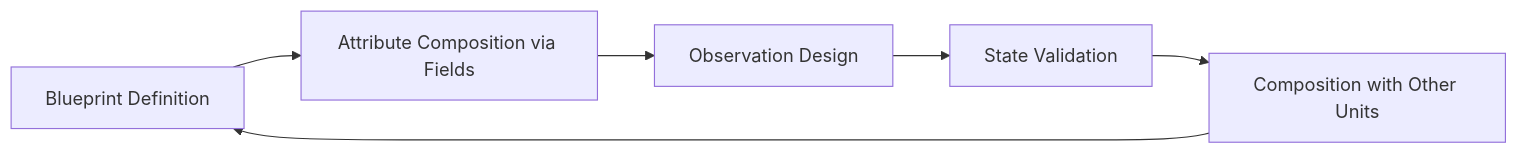
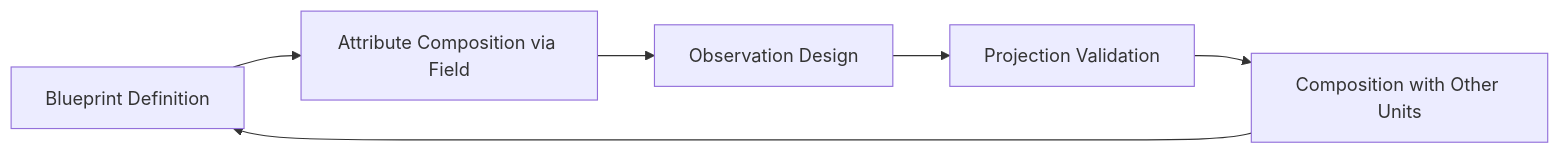
One commit to ssccsorg/ssccs changed the second of 2 diagrams in README.md. Above: the diagram before and after it, drawn with Mermaid. The commit also changed other lines of this file, not shown here.

````diff
--- a/README.md
+++ b/README.md
@@ -159,8 +217,8 @@
 ```mermaid
 flowchart LR
-    A[Blueprint Definition] --> B[Attribute Composition via Fields]
+    A[Blueprint Definition] --> B[Attribute Composition via Field]
     B --> C[Observation Design]
-    C --> D[State Validation]
+    C --> D[Projection Validation]
     D --> E[Composition with Other Units]
     E --> A
 ```
````
